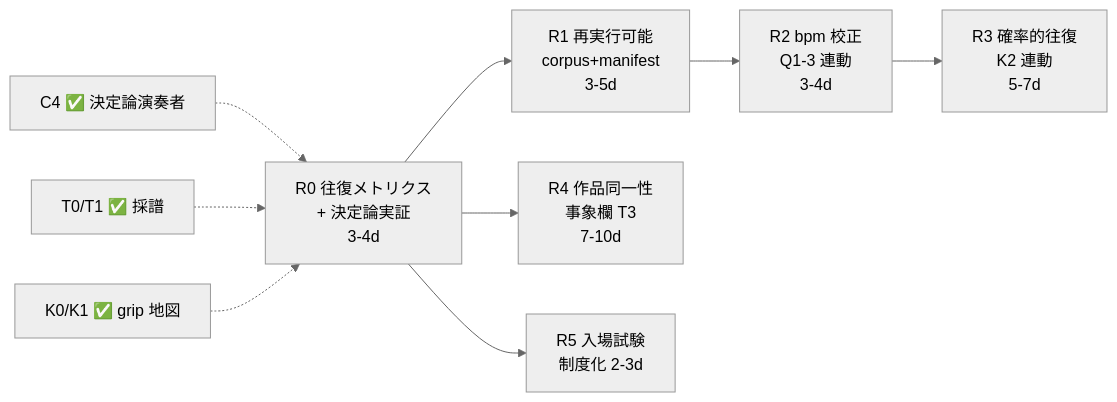
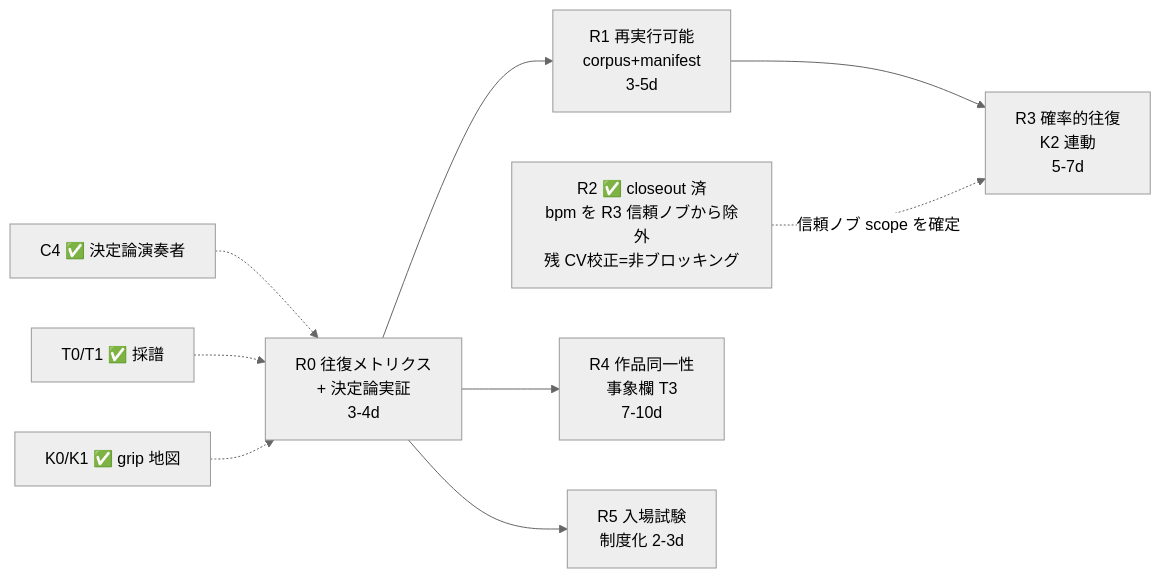
Before and after one commit to Yuu6798/ugh-prompt-engine: the diagram in docs/roadmap_goal2.md, drawn with Mermaid (neutral theme). The commit also changed other lines of this file, not shown here.

First line of the commit message:
docs(R2): R2 を closeout 済としてクリティカルパスから外す（Codex review #87 反映）

````diff
--- a/docs/roadmap_goal2.md
+++ b/docs/roadmap_goal2.md
@@ -275,11 +278,11 @@
 ```mermaid
 flowchart LR
     C4[C4 ✅ 決定論演奏者] -.-> R0
     T1[T0/T1 ✅ 採譜] -.-> R0
     K1[K0/K1 ✅ grip 地図] -.-> R0
     R0[R0 往復メトリクス<br/>+ 決定論実証<br/>3-4d] --> R1[R1 再実行可能<br/>corpus+manifest<br/>3-5d]
-    R1 --> R2[R2 bpm 校正<br/>Q1-3 連動<br/>3-4d]
-    R2 --> R3[R3 確率的往復<br/>K2 連動<br/>5-7d]
+    R1 --> R3[R3 確率的往復<br/>K2 連動<br/>5-7d]
+    R2[R2 ✅ closeout 済<br/>bpm を R3 信頼ノブから除外<br/>残 CV校正=非ブロッキング] -.->|信頼ノブ scope を確定| R3
     R0 --> R4[R4 作品同一性<br/>事象欄 T3<br/>7-10d]
     R0 --> R5[R5 入場試験<br/>制度化 2-3d]
 ```
````
